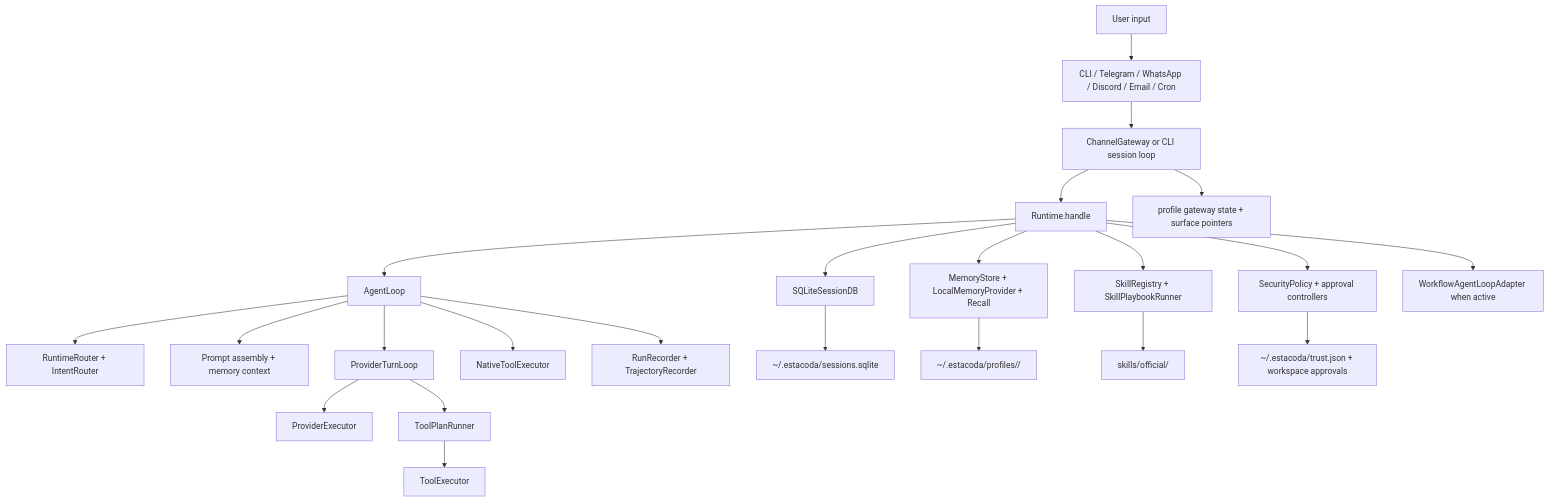
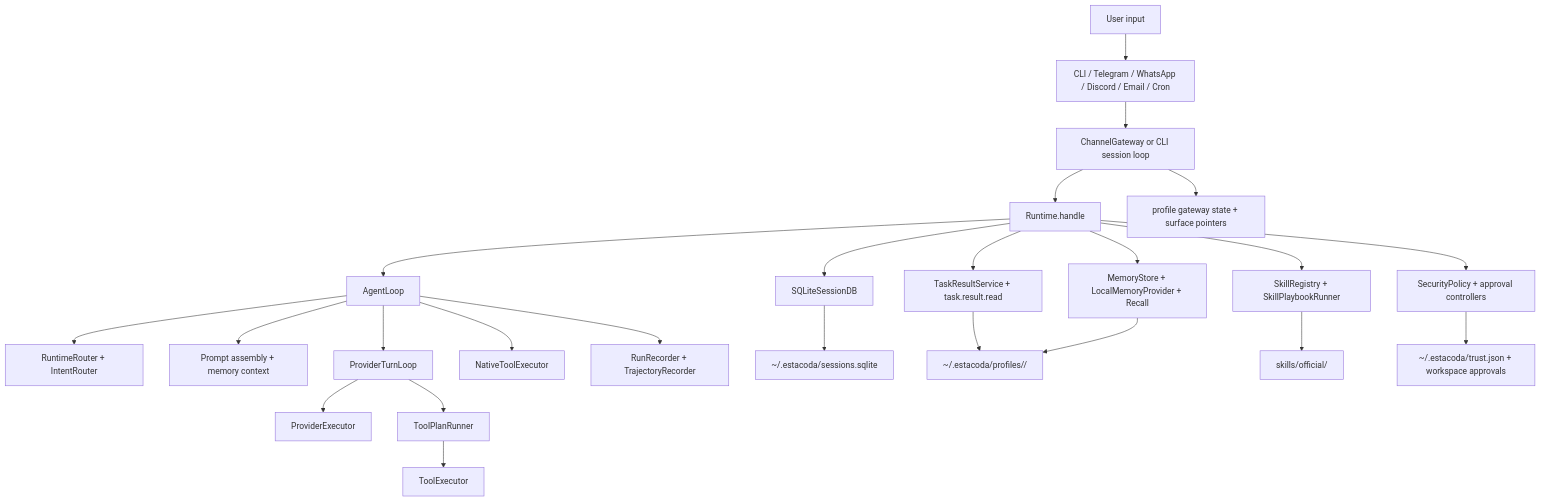
The diagram in docs/architecture/knowledge-map.md (sifr01-labs/EstaCoda), drawn with Mermaid before and after one commit. The commit also changed other lines of this file and 21 other files, not shown here.

````diff
--- a/docs/architecture/knowledge-map.md
+++ b/docs/architecture/knowledge-map.md
@@ -12,28 +12,29 @@
 ```mermaid
 graph TB
     User["User input"] --> Surfaces["CLI / Telegram / WhatsApp / Discord / Email / Cron"]
     Surfaces --> Gateway["ChannelGateway or CLI session loop"]
     Gateway --> Runtime["Runtime.handle"]
 
     Runtime --> AgentLoop["AgentLoop"]
     AgentLoop --> Router["RuntimeRouter + IntentRouter"]
     AgentLoop --> Prompt["Prompt assembly + memory context"]
     AgentLoop --> ProviderLoop["ProviderTurnLoop"]
     ProviderLoop --> ProviderExec["ProviderExecutor"]
     ProviderLoop --> ToolPlan["ToolPlanRunner"]
     ToolPlan --> ToolExec["ToolExecutor"]
     AgentLoop --> Native["NativeToolExecutor"]
     AgentLoop --> Recorder["RunRecorder + TrajectoryRecorder"]
 
     Runtime --> Skills["SkillRegistry + SkillPlaybookRunner"]
     Runtime --> Memory["MemoryStore + LocalMemoryProvider + Recall"]
     Runtime --> Session["SQLiteSessionDB"]
     Runtime --> Security["SecurityPolicy + approval controllers"]
-    Runtime --> Workflow["WorkflowAgentLoopAdapter when active"]
+    Runtime --> TaskResults["TaskResultService + task.result.read"]
 
     Session --> GlobalState["~/.estacoda/sessions.sqlite"]
+    TaskResults --> ProfileState
     Memory --> ProfileState["~/.estacoda/profiles/<id>/"]
     Skills --> BundledSkills["skills/official/"]
     Security --> TrustState["~/.estacoda/trust.json + workspace approvals"]
     Gateway --> GatewayState["profile gateway state + surface pointers"]
 ```
````
